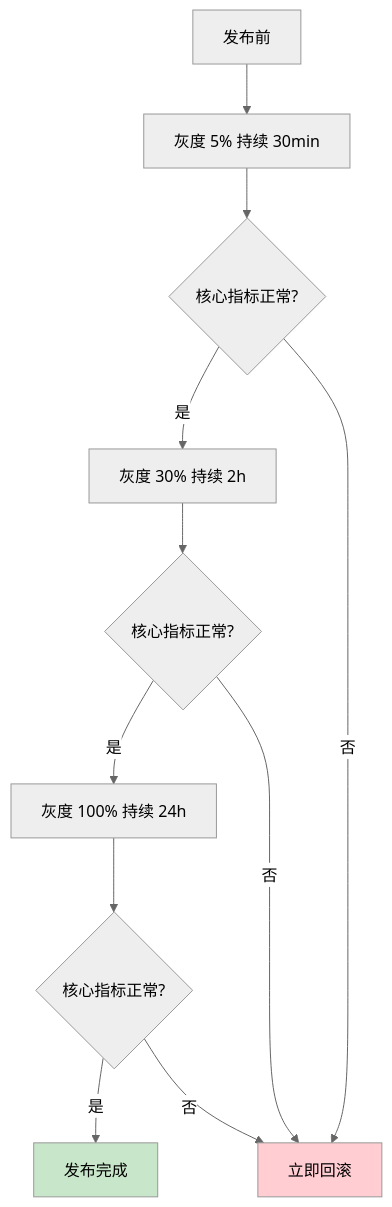
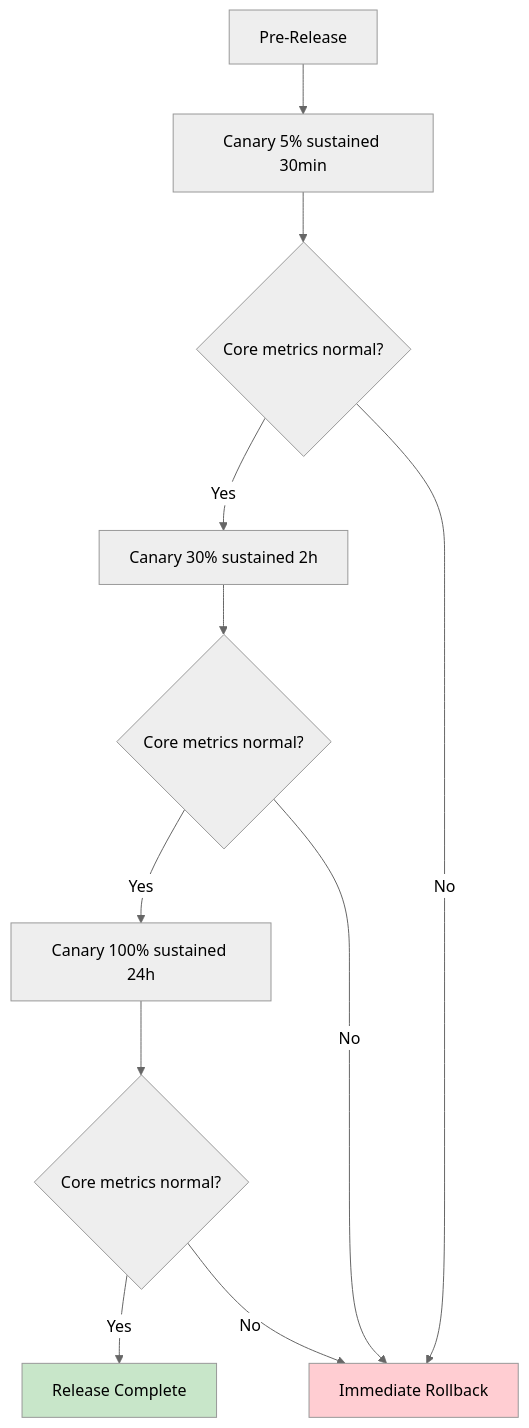
One commit to Kirky-X/cangjie changed the third of 3 diagrams in templates/产品/退役层/【模板】复盘报告.md. Above: the diagram before and after it, drawn with Mermaid (neutral theme). The commit also changed other lines of this file and 60 other files, not shown here.

````diff
--- a/templates/产品/退役层/【模板】复盘报告.md
+++ b/templates/产品/退役层/【模板】复盘报告.md
@@ -285,15 +266,15 @@
 ```mermaid
 flowchart TD
-    A[发布前] --> B[灰度 5% 持续 30min]
-    B --> C{核心指标正常?}
-    C -->|是| D[灰度 30% 持续 2h]
-    C -->|否| Z[立即回滚]
-    D --> E{核心指标正常?}
-    E -->|是| F[灰度 100% 持续 24h]
-    E -->|否| Z
-    F --> G{核心指标正常?}
-    G -->|是| H[发布完成]
-    G -->|否| Z
+    A[Pre-Release] --> B[Canary 5% sustained 30min]
+    B --> C{Core metrics normal?}
+    C -->|Yes| D[Canary 30% sustained 2h]
+    C -->|No| Z[Immediate Rollback]
+    D --> E{Core metrics normal?}
+    E -->|Yes| F[Canary 100% sustained 24h]
+    E -->|No| Z
+    F --> G{Core metrics normal?}
+    G -->|Yes| H[Release Complete]
+    G -->|No| Z
     style Z fill:#ffcdd2
     style H fill:#c8e6c9
 ```
````
